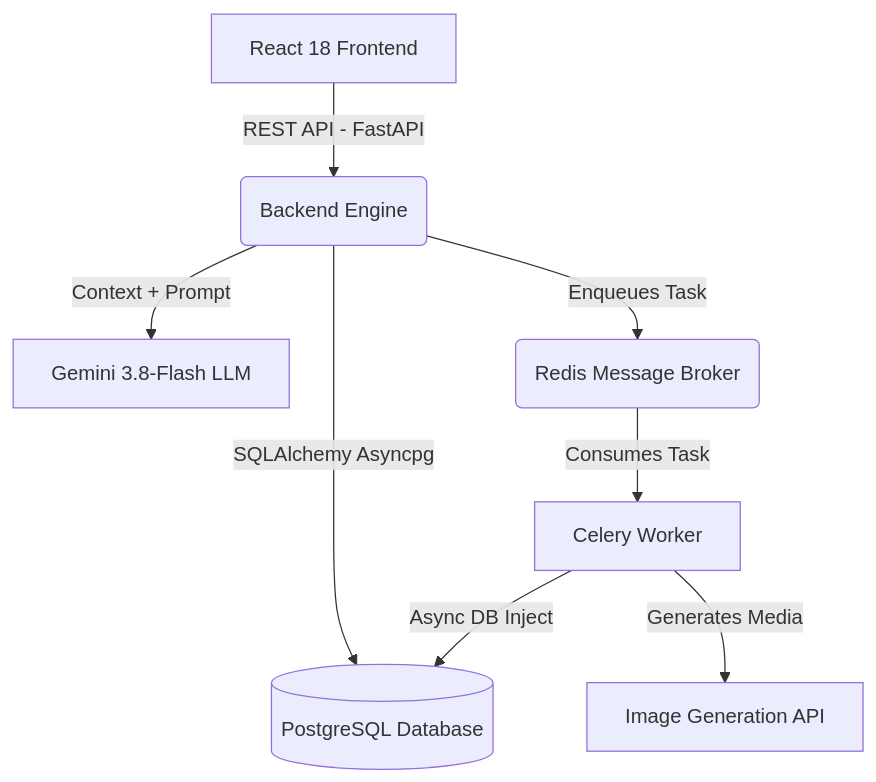
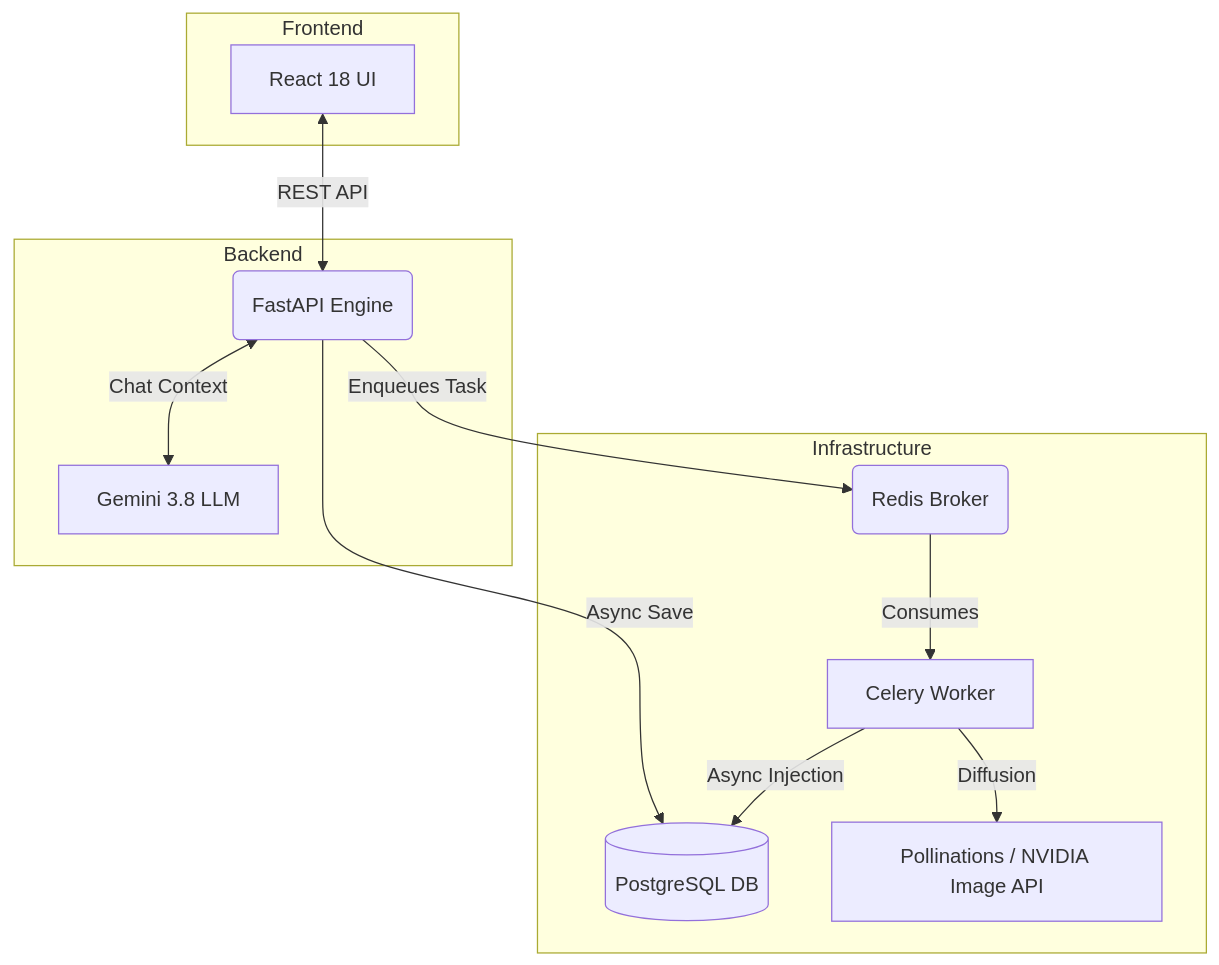
The second of 3 diagrams in README.md (Kv-Logics/VizzyStudio), drawn with Mermaid before and after one commit. The commit also changed other lines of this file, not shown here.

Commit message:
docs: restructure README to be highly visual and diagrammatic

````diff
--- a/README.md
+++ b/README.md
@@ -47,10 +47,26 @@
 ```mermaid
 graph TD;
-    A[React 18 Frontend] -->|REST API - FastAPI| B(Backend Engine)
-    B -->|SQLAlchemy Asyncpg| C[(PostgreSQL Database)]
-    B -->|Context + Prompt| G[Gemini 3.8-Flash LLM]
-    B -->|Enqueues Task| D(Redis Message Broker)
-    D -->|Consumes Task| E[Celery Worker]
-    E -->|Generates Media| F[Image Generation API]
-    E -->|Async DB Inject| C
+    subgraph Frontend
+    A[React 18 UI] 
+    end
+    
+    subgraph Backend
+    B(FastAPI Engine)
+    G[Gemini 3.8 LLM]
+    end
+    
+    subgraph Infrastructure
+    C[(PostgreSQL DB)]
+    D(Redis Broker)
+    E[Celery Worker]
+    F[Pollinations / NVIDIA Image API]
+    end
+
+    A <-->|REST API| B
+    B <-->|Chat Context| G
+    B -->|Async Save| C
+    B -->|Enqueues Task| D
+    D -->|Consumes| E
+    E -->|Diffusion| F
+    E -->|Async Injection| C
 ```
````
